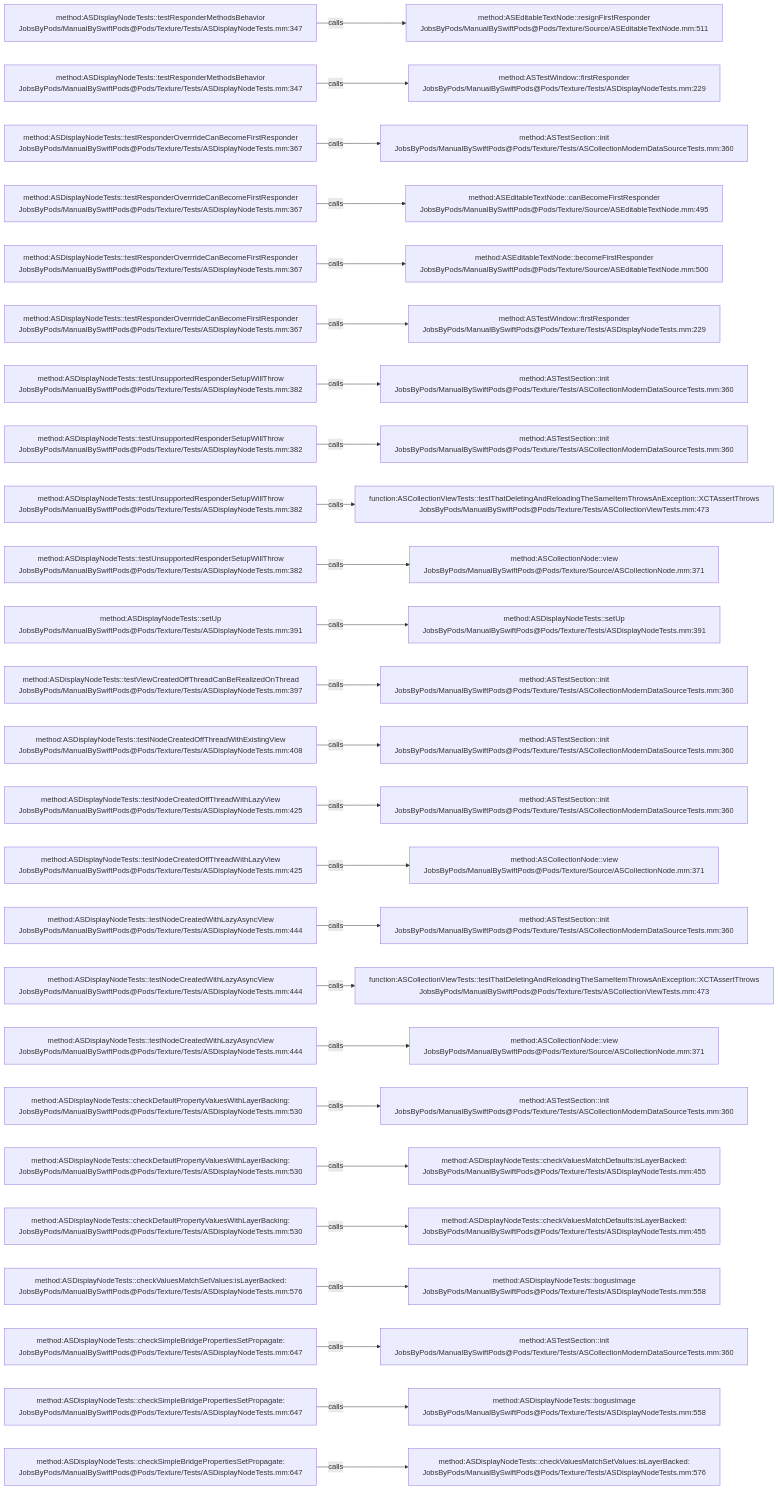
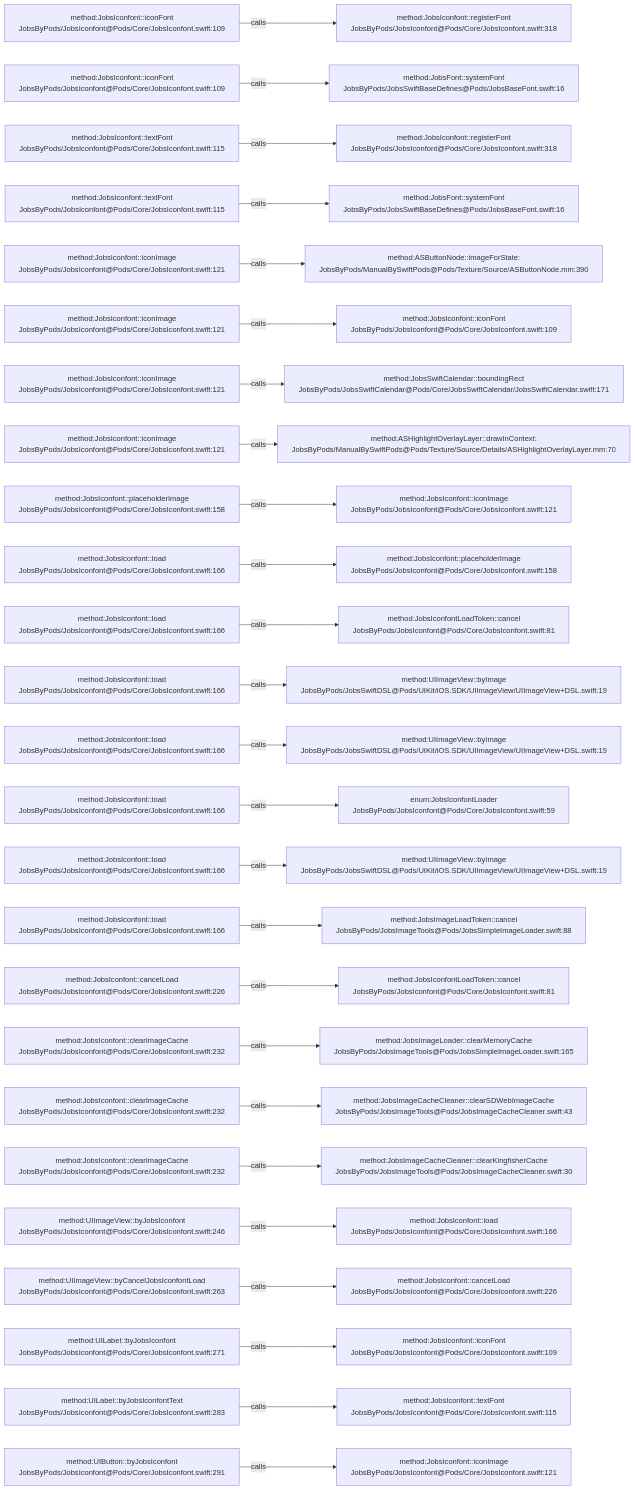
Before and after one commit to JobsKits/JobsSwiftBaseConfigDemo: the diagram in .codegraph/codegraph.md/graphs/calls-187.md, drawn with Mermaid. The commit also changed 224 other files, not shown here.

````diff
--- a/.codegraph/codegraph.md/graphs/calls-187.md
+++ b/.codegraph/codegraph.md/graphs/calls-187.md
@@ -13,78 +13,78 @@
 ```mermaid
 flowchart LR
-  S1["method:ASDisplayNodeTests::testResponderMethodsBehavior<br/>JobsByPods/ManualBySwiftPods@Pods/Texture/Tests/ASDisplayNodeTests.mm:347"]
-  T1["method:ASEditableTextNode::resignFirstResponder<br/>JobsByPods/ManualBySwiftPods@Pods/Texture/Source/ASEditableTextNode.mm:511"]
+  S1["method:JobsIconfont::iconFont<br/>JobsByPods/JobsIconfont@Pods/Core/JobsIconfont.swift:109"]
+  T1["method:JobsIconfont::registerFont<br/>JobsByPods/JobsIconfont@Pods/Core/JobsIconfont.swift:318"]
   S1 -->|calls| T1
-  S2["method:ASDisplayNodeTests::testResponderMethodsBehavior<br/>JobsByPods/ManualBySwiftPods@Pods/Texture/Tests/ASDisplayNodeTests.mm:347"]
-  T2["method:ASTestWindow::firstResponder<br/>JobsByPods/ManualBySwiftPods@Pods/Texture/Tests/ASDisplayNodeTests.mm:229"]
+  S2["method:JobsIconfont::iconFont<br/>JobsByPods/JobsIconfont@Pods/Core/JobsIconfont.swift:109"]
+  T2["method:JobsFont::systemFont<br/>JobsByPods/JobsSwiftBaseDefines@Pods/JobsBaseFont.swift:16"]
   S2 -->|calls| T2
-  S3["method:ASDisplayNodeTests::testResponderOverrrideCanBecomeFirstResponder<br/>JobsByPods/ManualBySwiftPods@Pods/Texture/Tests/ASDisplayNodeTests.mm:367"]
-  T3["method:ASTestSection::init<br/>JobsByPods/ManualBySwiftPods@Pods/Texture/Tests/ASCollectionModernDataSourceTests.mm:360"]
+  S3["method:JobsIconfont::textFont<br/>JobsByPods/JobsIconfont@Pods/Core/JobsIconfont.swift:115"]
+  T3["method:JobsIconfont::registerFont<br/>JobsByPods/JobsIconfont@Pods/Core/JobsIconfont.swift:318"]
   S3 -->|calls| T3
-  S4["method:ASDisplayNodeTests::testResponderOverrrideCanBecomeFirstResponder<br/>JobsByPods/ManualBySwiftPods@Pods/Texture/Tests/ASDisplayNodeTests.mm:367"]
-  T4["method:ASEditableTextNode::canBecomeFirstResponder<br/>JobsByPods/ManualBySwiftPods@Pods/Texture/Source/ASEditableTextNode.mm:495"]
+  S4["method:JobsIconfont::textFont<br/>JobsByPods/JobsIconfont@Pods/Core/JobsIconfont.swift:115"]
+  T4["method:JobsFont::systemFont<br/>JobsByPods/JobsSwiftBaseDefines@Pods/JobsBaseFont.swift:16"]
   S4 -->|calls| T4
-  S5["method:ASDisplayNodeTests::testResponderOverrrideCanBecomeFirstResponder<br/>JobsByPods/ManualBySwiftPods@Pods/Texture/Tests/ASDisplayNodeTests.mm:367"]
-  T5["method:ASEditableTextNode::becomeFirstResponder<br/>JobsByPods/ManualBySwiftPods@Pods/Texture/Source/ASEditableTextNode.mm:500"]
+  S5["method:JobsIconfont::iconImage<br/>JobsByPods/JobsIconfont@Pods/Core/JobsIconfont.swift:121"]
+  T5["method:ASButtonNode::imageForState:<br/>JobsByPods/ManualBySwiftPods@Pods/Texture/Source/ASButtonNode.mm:390"]
   S5 -->|calls| T5
-  S6["method:ASDisplayNodeTests::testResponderOverrrideCanBecomeFirstResponder<br/>JobsByPods/ManualBySwiftPods@Pods/Texture/Tests/ASDisplayNodeTests.mm:367"]
-  T6["method:ASTestWindow::firstResponder<br/>JobsByPods/ManualBySwiftPods@Pods/Texture/Tests/ASDisplayNodeTests.mm:229"]
+  S6["method:JobsIconfont::iconImage<br/>JobsByPods/JobsIconfont@Pods/Core/JobsIconfont.swift:121"]
+  T6["method:JobsIconfont::iconFont<br/>JobsByPods/JobsIconfont@Pods/Core/JobsIconfont.swift:109"]
   S6 -->|calls| T6
-  S7["method:ASDisplayNodeTests::testUnsupportedResponderSetupWillThrow<br/>JobsByPods/ManualBySwiftPods@Pods/Texture/Tests/ASDisplayNodeTests.mm:382"]
-  T7["method:ASTestSection::init<br/>JobsByPods/ManualBySwiftPods@Pods/Texture/Tests/ASCollectionModernDataSourceTests.mm:360"]
+  S7["method:JobsIconfont::iconImage<br/>JobsByPods/JobsIconfont@Pods/Core/JobsIconfont.swift:121"]
+  T7["method:JobsSwiftCalendar::boundingRect<br/>JobsByPods/JobsSwiftCalendar@Pods/Core/JobsSwiftCalendar/JobsSwiftCalendar.swift:171"]
   S7 -->|calls| T7
-  S8["method:ASDisplayNodeTests::testUnsupportedResponderSetupWillThrow<br/>JobsByPods/ManualBySwiftPods@Pods/Texture/Tests/ASDisplayNodeTests.mm:382"]
-  T8["method:ASTestSection::init<br/>JobsByPods/ManualBySwiftPods@Pods/Texture/Tests/ASCollectionModernDataSourceTests.mm:360"]
+  S8["method:JobsIconfont::iconImage<br/>JobsByPods/JobsIconfont@Pods/Core/JobsIconfont.swift:121"]
+  T8["method:ASHighlightOverlayLayer::drawInContext:<br/>JobsByPods/ManualBySwiftPods@Pods/Texture/Source/Details/ASHighlightOverlayLayer.mm:70"]
   S8 -->|calls| T8
-  S9["method:ASDisplayNodeTests::testUnsupportedResponderSetupWillThrow<br/>JobsByPods/ManualBySwiftPods@Pods/Texture/Tests/ASDisplayNodeTests.mm:382"]
-  T9["function:ASCollectionViewTests::testThatDeletingAndReloadingTheSameItemThrowsAnException::XCTAssertThrows<br/>JobsByPods/ManualBySwiftPods@Pods/Texture/Tests/ASCollectionViewTests.mm:473"]
+  S9["method:JobsIconfont::placeholderImage<br/>JobsByPods/JobsIconfont@Pods/Core/JobsIconfont.swift:158"]
+  T9["method:JobsIconfont::iconImage<br/>JobsByPods/JobsIconfont@Pods/Core/JobsIconfont.swift:121"]
   S9 -->|calls| T9
-  S10["method:ASDisplayNodeTests::testUnsupportedResponderSetupWillThrow<br/>JobsByPods/ManualBySwiftPods@Pods/Texture/Tests/ASDisplayNodeTests.mm:382"]
-  T10["method:ASCollectionNode::view<br/>JobsByPods/ManualBySwiftPods@Pods/Texture/Source/ASCollectionNode.mm:371"]
+  S10["method:JobsIconfont::load<br/>JobsByPods/JobsIconfont@Pods/Core/JobsIconfont.swift:166"]
+  T10["method:JobsIconfont::placeholderImage<br/>JobsByPods/JobsIconfont@Pods/Core/JobsIconfont.swift:158"]
   S10 -->|calls| T10
-  S11["method:ASDisplayNodeTests::setUp<br/>JobsByPods/ManualBySwiftPods@Pods/Texture/Tests/ASDisplayNodeTests.mm:391"]
-  T11["method:ASDisplayNodeTests::setUp<br/>JobsByPods/ManualBySwiftPods@Pods/Texture/Tests/ASDisplayNodeTests.mm:391"]
+  S11["method:JobsIconfont::load<br/>JobsByPods/JobsIconfont@Pods/Core/JobsIconfont.swift:166"]
+  T11["method:JobsIconfontLoadToken::cancel<br/>JobsByPods/JobsIconfont@Pods/Core/JobsIconfont.swift:81"]
   S11 -->|calls| T11
-  S12["method:ASDisplayNodeTests::testViewCreatedOffThreadCanBeRealizedOnThread<br/>JobsByPods/ManualBySwiftPods@Pods/Texture/Tests/ASDisplayNodeTests.mm:397"]
-  T12["method:ASTestSection::init<br/>JobsByPods/ManualBySwiftPods@Pods/Texture/Tests/ASCollectionModernDataSourceTests.mm:360"]
+  S12["method:JobsIconfont::load<br/>JobsByPods/JobsIconfont@Pods/Core/JobsIconfont.swift:166"]
+  T12["method:UIImageView::byImage<br/>JobsByPods/JobsSwiftDSL@Pods/UIKit/iOS.SDK/UIImageView/UIImageView+DSL.swift:19"]
   S12 -->|calls| T12
-  S13["method:ASDisplayNodeTests::testNodeCreatedOffThreadWithExistingView<br/>JobsByPods/ManualBySwiftPods@Pods/Texture/Tests/ASDisplayNodeTests.mm:408"]
-  T13["method:ASTestSection::init<br/>JobsByPods/ManualBySwiftPods@Pods/Texture/Tests/ASCollectionModernDataSourceTests.mm:360"]
+  S13["method:JobsIconfont::load<br/>JobsByPods/JobsIconfont@Pods/Core/JobsIconfont.swift:166"]
+  T13["method:UIImageView::byImage<br/>JobsByPods/JobsSwiftDSL@Pods/UIKit/iOS.SDK/UIImageView/UIImageView+DSL.swift:19"]
   S13 -->|calls| T13
-  S14["method:ASDisplayNodeTests::testNodeCreatedOffThreadWithLazyView<br/>JobsByPods/ManualBySwiftPods@Pods/Texture/Tests/ASDisplayNodeTests.mm:425"]
-  T14["method:ASTestSection::init<br/>JobsByPods/ManualBySwiftPods@Pods/Texture/Tests/ASCollectionModernDataSourceTests.mm:360"]
+  S14["method:JobsIconfont::load<br/>JobsByPods/JobsIconfont@Pods/Core/JobsIconfont.swift:166"]
+  T14["enum:JobsIconfontLoader<br/>JobsByPods/JobsIconfont@Pods/Core/JobsIconfont.swift:59"]
   S14 -->|calls| T14
-  S15["method:ASDisplayNodeTests::testNodeCreatedOffThreadWithLazyView<br/>JobsByPods/ManualBySwiftPods@Pods/Texture/Tests/ASDisplayNodeTests.mm:425"]
-  T15["method:ASCollectionNode::view<br/>JobsByPods/ManualBySwiftPods@Pods/Texture/Source/ASCollectionNode.mm:371"]
+  S15["method:JobsIconfont::load<br/>JobsByPods/JobsIconfont@Pods/Core/JobsIconfont.swift:166"]
+  T15["method:UIImageView::byImage<br/>JobsByPods/JobsSwiftDSL@Pods/UIKit/iOS.SDK/UIImageView/UIImageView+DSL.swift:19"]
   S15 -->|calls| T15
-  S16["method:ASDisplayNodeTests::testNodeCreatedWithLazyAsyncView<br/>JobsByPods/ManualBySwiftPods@Pods/Texture/Tests/ASDisplayNodeTests.mm:444"]
-  T16["method:ASTestSection::init<br/>JobsByPods/ManualBySwiftPods@Pods/Texture/Tests/ASCollectionModernDataSourceTests.mm:360"]
+  S16["method:JobsIconfont::load<br/>JobsByPods/JobsIconfont@Pods/Core/JobsIconfont.swift:166"]
+  T16["method:JobsImageLoadToken::cancel<br/>JobsByPods/JobsImageTools@Pods/JobsSimpleImageLoader.swift:88"]
   S16 -->|calls| T16
-  S17["method:ASDisplayNodeTests::testNodeCreatedWithLazyAsyncView<br/>JobsByPods/ManualBySwiftPods@Pods/Texture/Tests/ASDisplayNodeTests.mm:444"]
-  T17["function:ASCollectionViewTests::testThatDeletingAndReloadingTheSameItemThrowsAnException::XCTAssertThrows<br/>JobsByPods/ManualBySwiftPods@Pods/Texture/Tests/ASCollectionViewTests.mm:473"]
+  S17["method:JobsIconfont::cancelLoad<br/>JobsByPods/JobsIconfont@Pods/Core/JobsIconfont.swift:226"]
+  T17["method:JobsIconfontLoadToken::cancel<br/>JobsByPods/JobsIconfont@Pods/Core/JobsIconfont.swift:81"]
   S17 -->|calls| T17
-  S18["method:ASDisplayNodeTests::testNodeCreatedWithLazyAsyncView<br/>JobsByPods/ManualBySwiftPods@Pods/Texture/Tests/ASDisplayNodeTests.mm:444"]
-  T18["method:ASCollectionNode::view<br/>JobsByPods/ManualBySwiftPods@Pods/Texture/Source/ASCollectionNode.mm:371"]
+  S18["method:JobsIconfont::clearImageCache<br/>JobsByPods/JobsIconfont@Pods/Core/JobsIconfont.swift:232"]
+  T18["method:JobsImageLoader::clearMemoryCache<br/>JobsByPods/JobsImageTools@Pods/JobsSimpleImageLoader.swift:165"]
   S18 -->|calls| T18
-  S19["method:ASDisplayNodeTests::checkDefaultPropertyValuesWithLayerBacking:<br/>JobsByPods/ManualBySwiftPods@Pods/Texture/Tests/ASDisplayNodeTests.mm:530"]
-  T19["method:ASTestSection::init<br/>JobsByPods/ManualBySwiftPods@Pods/Texture/Tests/ASCollectionModernDataSourceTests.mm:360"]
+  S19["method:JobsIconfont::clearImageCache<br/>JobsByPods/JobsIconfont@Pods/Core/JobsIconfont.swift:232"]
+  T19["method:JobsImageCacheCleaner::clearSDWebImageCache<br/>JobsByPods/JobsImageTools@Pods/JobsImageCacheCleaner.swift:43"]
   S19 -->|calls| T19
-  S20["method:ASDisplayNodeTests::checkDefaultPropertyValuesWithLayerBacking:<br/>JobsByPods/ManualBySwiftPods@Pods/Texture/Tests/ASDisplayNodeTests.mm:530"]
-  T20["method:ASDisplayNodeTests::checkValuesMatchDefaults:isLayerBacked:<br/>JobsByPods/ManualBySwiftPods@Pods/Texture/Tests/ASDisplayNodeTests.mm:455"]
+  S20["method:JobsIconfont::clearImageCache<br/>JobsByPods/JobsIconfont@Pods/Core/JobsIconfont.swift:232"]
+  T20["method:JobsImageCacheCleaner::clearKingfisherCache<br/>JobsByPods/JobsImageTools@Pods/JobsImageCacheCleaner.swift:30"]
   S20 -->|calls| T20
-  S21["method:ASDisplayNodeTests::checkDefaultPropertyValuesWithLayerBacking:<br/>JobsByPods/ManualBySwiftPods@Pods/Texture/Tests/ASDisplayNodeTests.mm:530"]
-  T21["method:ASDisplayNodeTests::checkValuesMatchDefaults:isLayerBacked:<br/>JobsByPods/ManualBySwiftPods@Pods/Texture/Tests/ASDisplayNodeTests.mm:455"]
+  S21["method:UIImageView::byJobsIconfont<br/>JobsByPods/JobsIconfont@Pods/Core/JobsIconfont.swift:246"]
+  T21["method:JobsIconfont::load<br/>JobsByPods/JobsIconfont@Pods/Core/JobsIconfont.swift:166"]
   S21 -->|calls| T21
-  S22["method:ASDisplayNodeTests::checkValuesMatchSetValues:isLayerBacked:<br/>JobsByPods/ManualBySwiftPods@Pods/Texture/Tests/ASDisplayNodeTests.mm:576"]
-  T22["method:ASDisplayNodeTests::bogusImage<br/>JobsByPods/ManualBySwiftPods@Pods/Texture/Tests/ASDisplayNodeTests.mm:558"]
+  S22["method:UIImageView::byCancelJobsIconfontLoad<br/>JobsByPods/JobsIconfont@Pods/Core/JobsIconfont.swift:263"]
+  T22["method:JobsIconfont::cancelLoad<br/>JobsByPods/JobsIconfont@Pods/Core/JobsIconfont.swift:226"]
   S22 -->|calls| T22
-  S23["method:ASDisplayNodeTests::checkSimpleBridgePropertiesSetPropagate:<br/>JobsByPods/ManualBySwiftPods@Pods/Texture/Tests/ASDisplayNodeTests.mm:647"]
-  T23["method:ASTestSection::init<br/>JobsByPods/ManualBySwiftPods@Pods/Texture/Tests/ASCollectionModernDataSourceTests.mm:360"]
+  S23["method:UILabel::byJobsIconfont<br/>JobsByPods/JobsIconfont@Pods/Core/JobsIconfont.swift:271"]
+  T23["method:JobsIconfont::iconFont<br/>JobsByPods/JobsIconfont@Pods/Core/JobsIconfont.swift:109"]
   S23 -->|calls| T23
-  S24["method:ASDisplayNodeTests::checkSimpleBridgePropertiesSetPropagate:<br/>JobsByPods/ManualBySwiftPods@Pods/Texture/Tests/ASDisplayNodeTests.mm:647"]
-  T24["method:ASDisplayNodeTests::bogusImage<br/>JobsByPods/ManualBySwiftPods@Pods/Texture/Tests/ASDisplayNodeTests.mm:558"]
+  S24["method:UILabel::byJobsIconfontText<br/>JobsByPods/JobsIconfont@Pods/Core/JobsIconfont.swift:283"]
+  T24["method:JobsIconfont::textFont<br/>JobsByPods/JobsIconfont@Pods/Core/JobsIconfont.swift:115"]
   S24 -->|calls| T24
-  S25["method:ASDisplayNodeTests::checkSimpleBridgePropertiesSetPropagate:<br/>JobsByPods/ManualBySwiftPods@Pods/Texture/Tests/ASDisplayNodeTests.mm:647"]
-  T25["method:ASDisplayNodeTests::checkValuesMatchSetValues:isLayerBacked:<br/>JobsByPods/ManualBySwiftPods@Pods/Texture/Tests/ASDisplayNodeTests.mm:576"]
+  S25["method:UIButton::byJobsIconfont<br/>JobsByPods/JobsIconfont@Pods/Core/JobsIconfont.swift:291"]
+  T25["method:JobsIconfont::iconImage<br/>JobsByPods/JobsIconfont@Pods/Core/JobsIconfont.swift:121"]
   S25 -->|calls| T25
 ```
````
